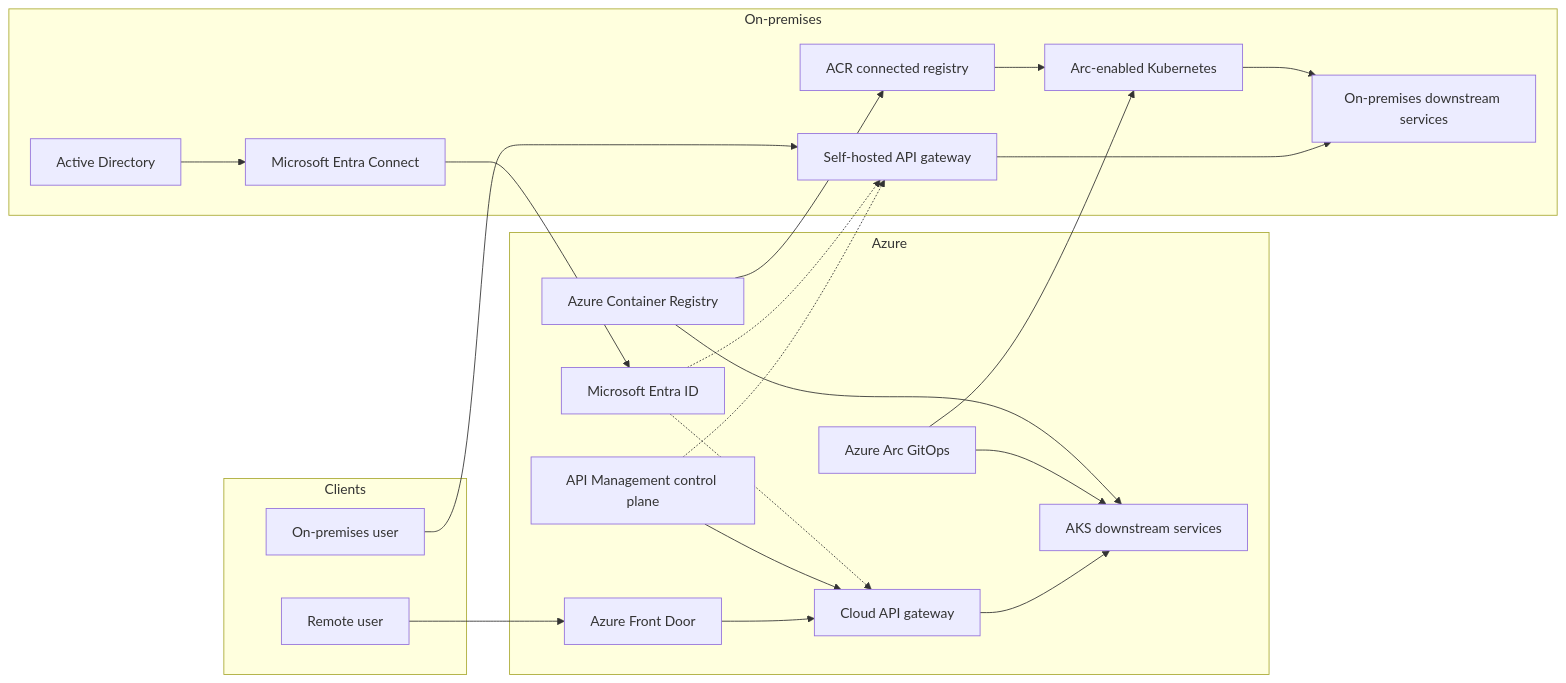
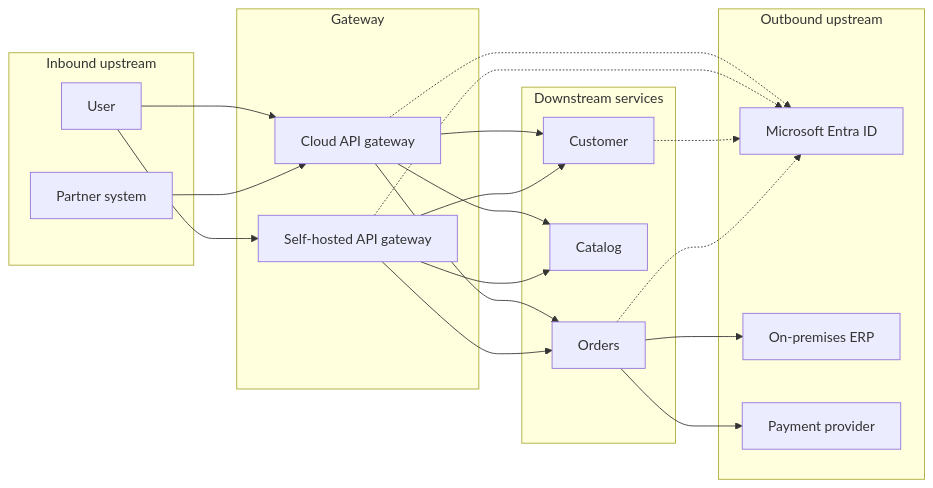
Before and after one commit to charyvgk/APPS: the first of 2 diagrams in README.md, drawn with Mermaid. The commit also changed other lines of this file and 6 other files, not shown here.

First line of the commit message:
Add architect workflows for hybrid Azure delivery.

````diff
--- a/README.md
+++ b/README.md
@@ -12,44 +31,40 @@
 ```mermaid
 flowchart LR
-  subgraph clients [Clients]
-    localUser[On-premises user]
-    remoteUser[Remote user]
+  subgraph inbound [Inbound upstream]
+    user[User]
+    partner[Partner system]
   end
 
-  subgraph azure [Azure]
-    entra[Microsoft Entra ID]
-    apimControl[API Management control plane]
-    frontDoor[Azure Front Door]
-    cloudGateway[Cloud API gateway]
-    aks[AKS downstream services]
-    acr[Azure Container Registry]
-    arcGitOps[Azure Arc GitOps]
+  subgraph edge [Gateway]
+    cloudGw[Cloud API gateway]
+    localGw[Self-hosted API gateway]
   end
 
-  subgraph onprem [On-premises]
-    activeDirectory[Active Directory]
-    entraConnect[Microsoft Entra Connect]
-    localGateway[Self-hosted API gateway]
-    arcCluster[Arc-enabled Kubernetes]
-    localServices[On-premises downstream services]
-    connectedRegistry[ACR connected registry]
+  subgraph owned [Downstream services]
+    customer[Customer]
+    catalog[Catalog]
+    orders[Orders]
   end
 
-  localUser --> localGateway
-  remoteUser --> frontDoor
-  frontDoor --> cloudGateway
-  localGateway --> localServices
-  cloudGateway --> aks
-  activeDirectory --> entraConnect
-  entraConnect --> entra
-  apimControl --> cloudGateway
-  apimControl -.-> localGateway
-  entra -.-> localGateway
-  entra -.-> cloudGateway
-  arcGitOps --> aks
-  arcGitOps --> arcCluster
-  arcCluster --> localServices
-  acr --> aks
-  acr --> connectedRegistry
-  connectedRegistry --> arcCluster
+  subgraph outbound [Outbound upstream]
+    entra[Microsoft Entra ID]
+    erp[On-premises ERP]
+    payment[Payment provider]
+  end
+
+  user --> cloudGw
+  user --> localGw
+  partner --> cloudGw
+  cloudGw --> customer
+  cloudGw --> catalog
+  cloudGw --> orders
+  localGw --> customer
+  localGw --> catalog
+  localGw --> orders
+  orders --> erp
+  orders --> payment
+  cloudGw -.-> entra
+  localGw -.-> entra
+  customer -.-> entra
+  orders -.-> entra
 ```
````
